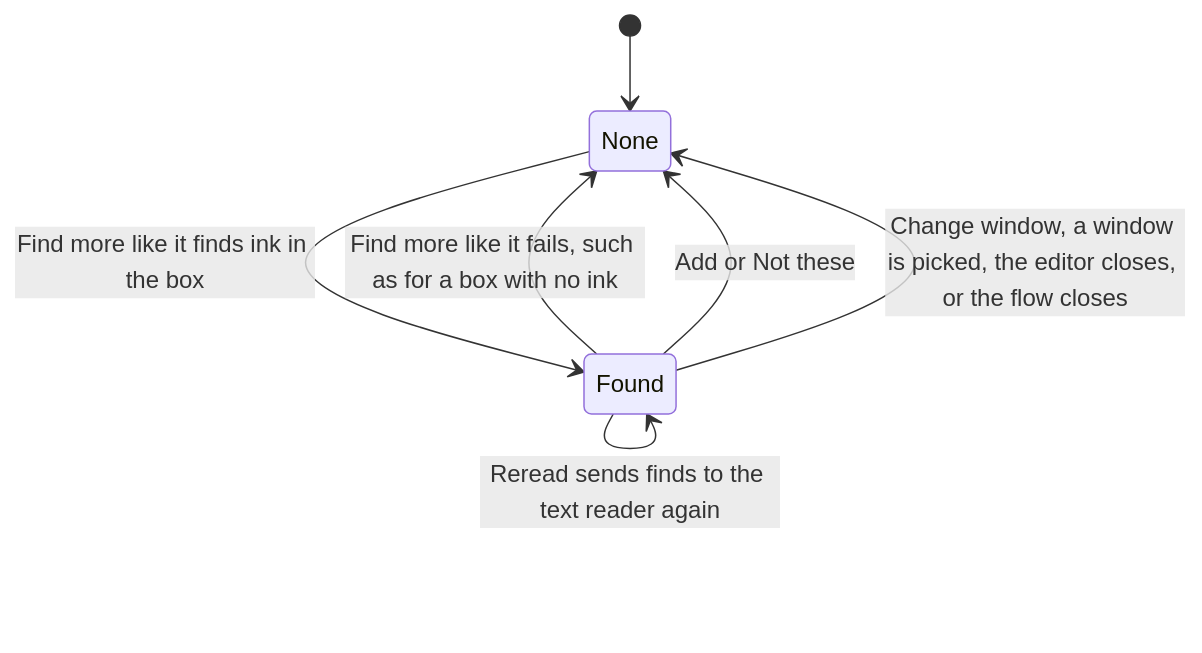
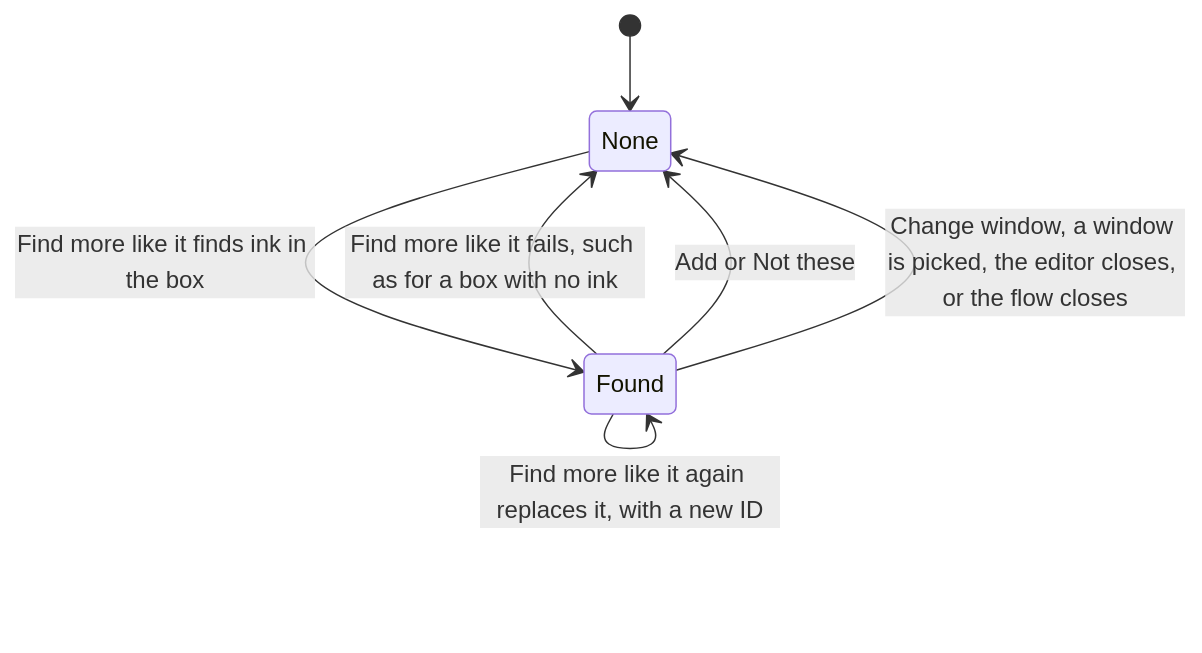
One commit to TheLunchTrae/appy-tappy changed diagram 41 of 54 in wiki/State-machines.md. Above: the diagram before and after it, drawn with Mermaid. The commit also changed other lines of this file and 111 other files, not shown here.

Commit message:
feat(reader)!: read text by glyph shape, whatever its color (#520)

````diff
--- a/wiki/State-machines.md
+++ b/wiki/State-machines.md
@@ -2868,10 +2854,9 @@
 ```mermaid
 stateDiagram-v2
     [*] --> None
     None --> Found: Find more like it finds ink in the box
     Found --> Found: Find more like it again replaces it, with a new ID
-    Found --> Found: Reread sends finds to the text reader again
     Found --> None: Find more like it fails, such as for a box with no ink
     Found --> None: Add or Not these
     Found --> None: Change window, a window is picked, the editor closes, or the flow closes
 ```
````
